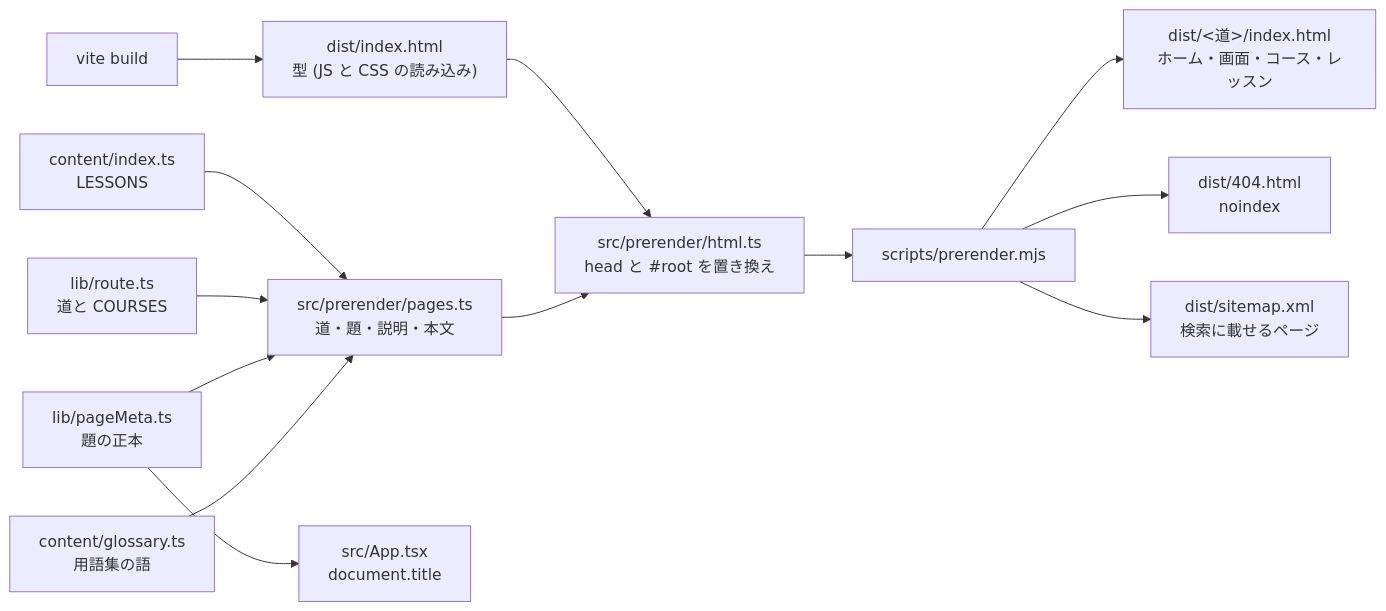
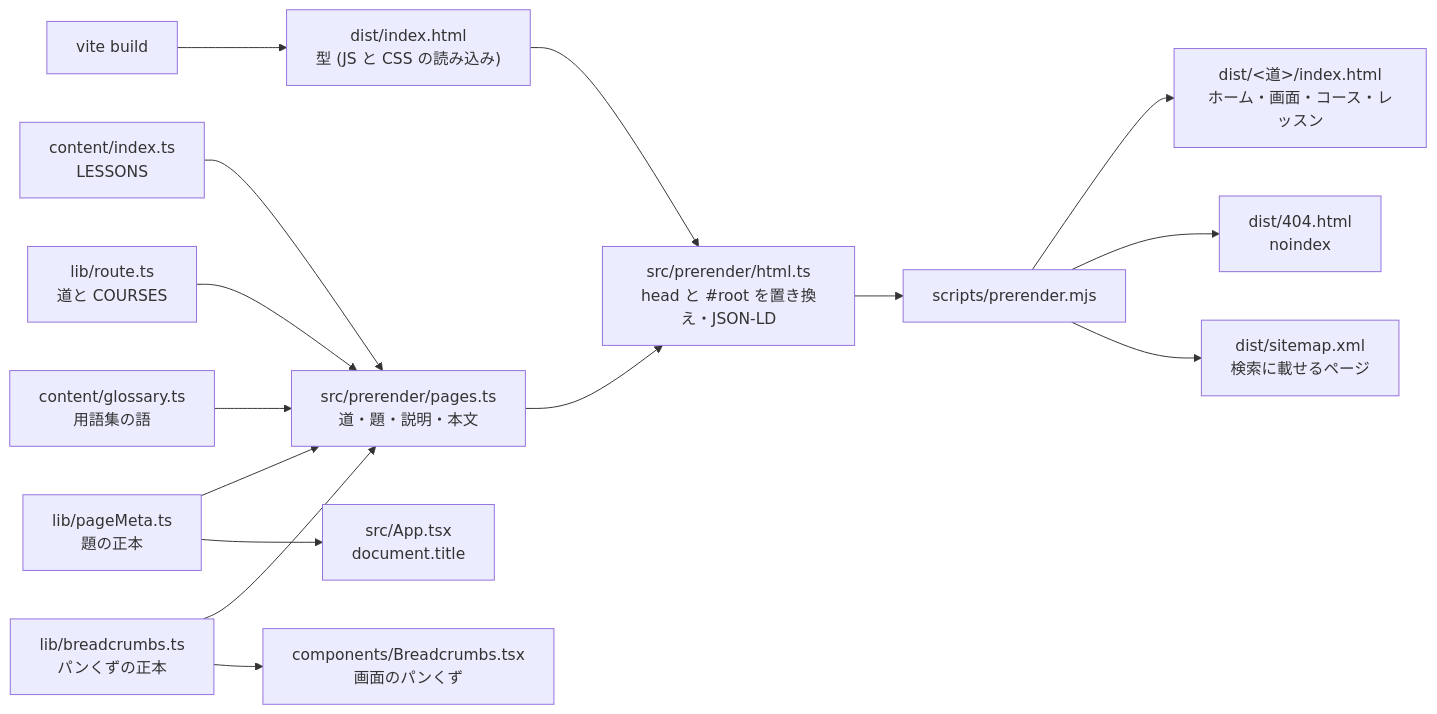
The third of 3 diagrams in README.md (maco165/gantlo), drawn with Mermaid before and after one commit. The commit also changed other lines of this file and 9 other files, not shown here.

First line of the commit message:
パンくずと構造化データ (JSON-LD) を、同じ並びから画面・書き出す HTML・head に入れる

````diff
--- a/README.md
+++ b/README.md
@@ -171,15 +171,17 @@
 ```mermaid
 flowchart LR
   build["vite build"] --> tpl["dist/index.html<br/>型 (JS と CSS の読み込み)"]
   content["content/index.ts<br/>LESSONS"] --> pages["src/prerender/pages.ts<br/>道・題・説明・本文"]
   route["lib/route.ts<br/>道と COURSES"] --> pages
   meta["lib/pageMeta.ts<br/>題の正本"] --> pages
   meta --> app["src/App.tsx<br/>document.title"]
   glossary["content/glossary.ts<br/>用語集の語"] --> pages
-  tpl --> html["src/prerender/html.ts<br/>head と #root を置き換え"]
+  crumbs["lib/breadcrumbs.ts<br/>パンくずの正本"] --> pages
+  crumbs --> app2["components/Breadcrumbs.tsx<br/>画面のパンくず"]
+  tpl --> html["src/prerender/html.ts<br/>head と #root を置き換え・JSON-LD"]
   pages --> html
   html --> pre["scripts/prerender.mjs"]
   pre --> out["dist/#lt;道#gt;/index.html<br/>ホーム・画面・コース・レッスン"]
   pre --> nf["dist/404.html<br/>noindex"]
   pre --> sm["dist/sitemap.xml<br/>検索に載せるページ"]
 ```
````
